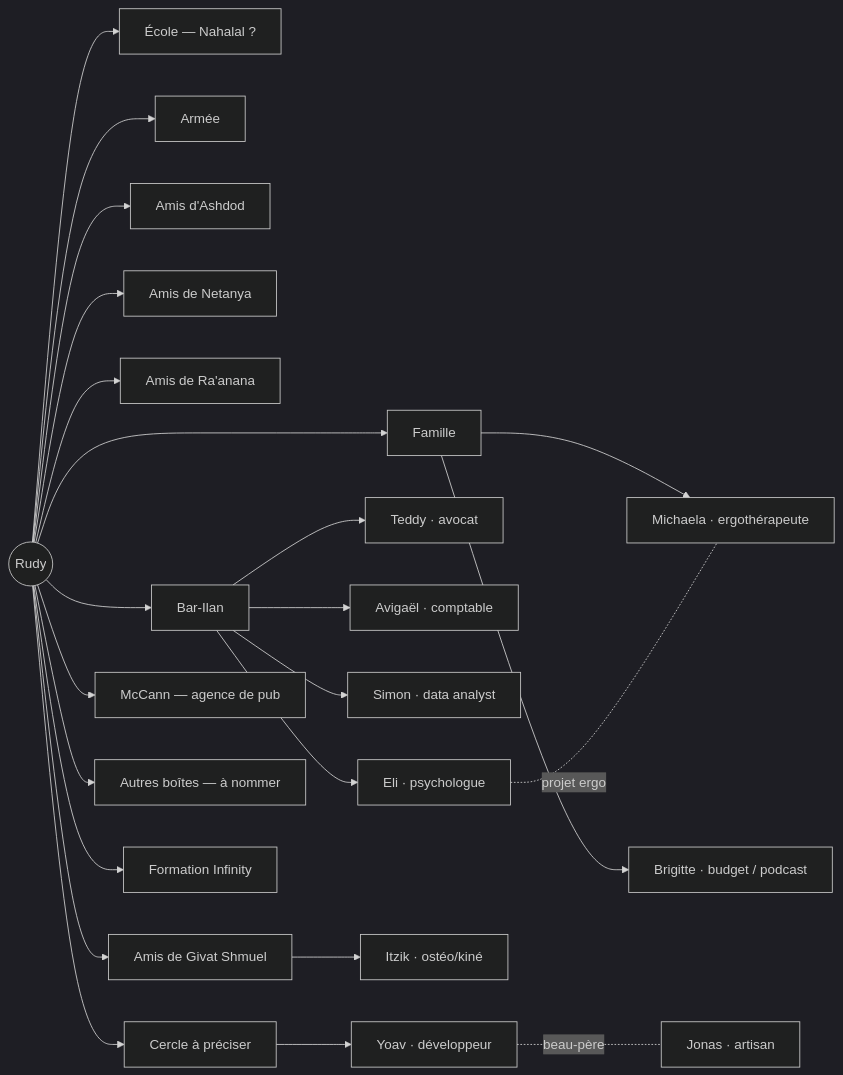
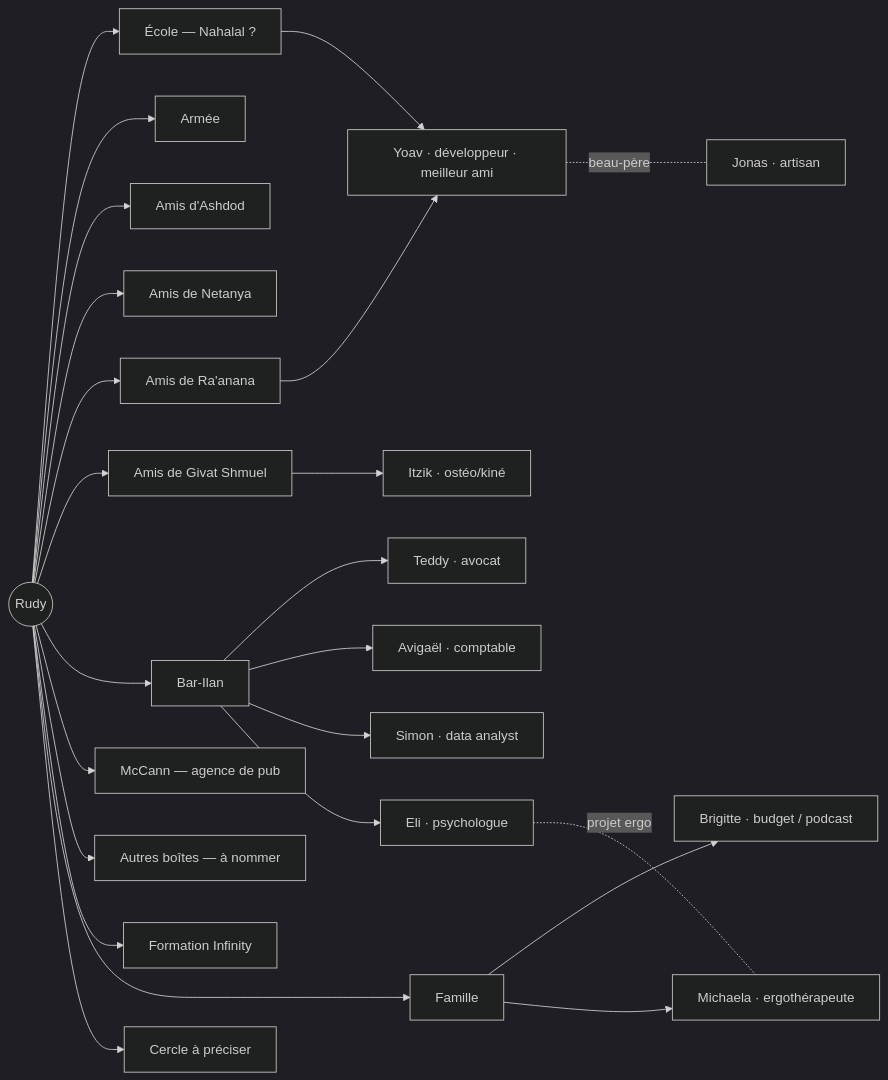
The diagram in 04-Domaines/Reseau.md (arrouasserudy/brain), drawn with Mermaid (dark theme) before and after one commit. The commit also changed other lines of this file and 3 other files, not shown here.

First line of the commit message:
Yoav : meilleur ami d'école, Ra'anana, 4e enfant attendu

````diff
--- a/04-Domaines/Reseau.md
+++ b/04-Domaines/Reseau.md
@@ -13,27 +13,28 @@
 ```mermaid
 graph LR
   R((Rudy))
   R --> ECOLE[École — Nahalal ?]
   R --> ARMEE[Armée]
   R --> ASH[Amis d'Ashdod]
   R --> NET[Amis de Netanya]
   R --> RAA[Amis de Ra'anana]
   R --> GS[Amis de Givat Shmuel]
   R --> BI[Bar-Ilan]
   R --> MCC[McCann — agence de pub]
   R --> AUT[Autres boîtes — à nommer]
   R --> INF[Formation Infinity]
   R --> FAM[Famille]
   R --> NC[Cercle à préciser]
 
   BI --> Teddy[Teddy · avocat]
   BI --> Avigael[Avigaël · comptable]
   BI --> Simon[Simon · data analyst]
   BI --> Eli[Eli · psychologue]
   FAM --> Brigitte[Brigitte · budget / podcast]
   FAM --> Michaela[Michaela · ergothérapeute]
   GS --> Itzik[Itzik · ostéo/kiné]
-  NC --> Yoav[Yoav · développeur]
+  ECOLE --> Yoav[Yoav · développeur · meilleur ami]
+  RAA --> Yoav
   Yoav -. beau-père .- Jonas[Jonas · artisan]
   Eli -. projet ergo .- Michaela
 ```
````
